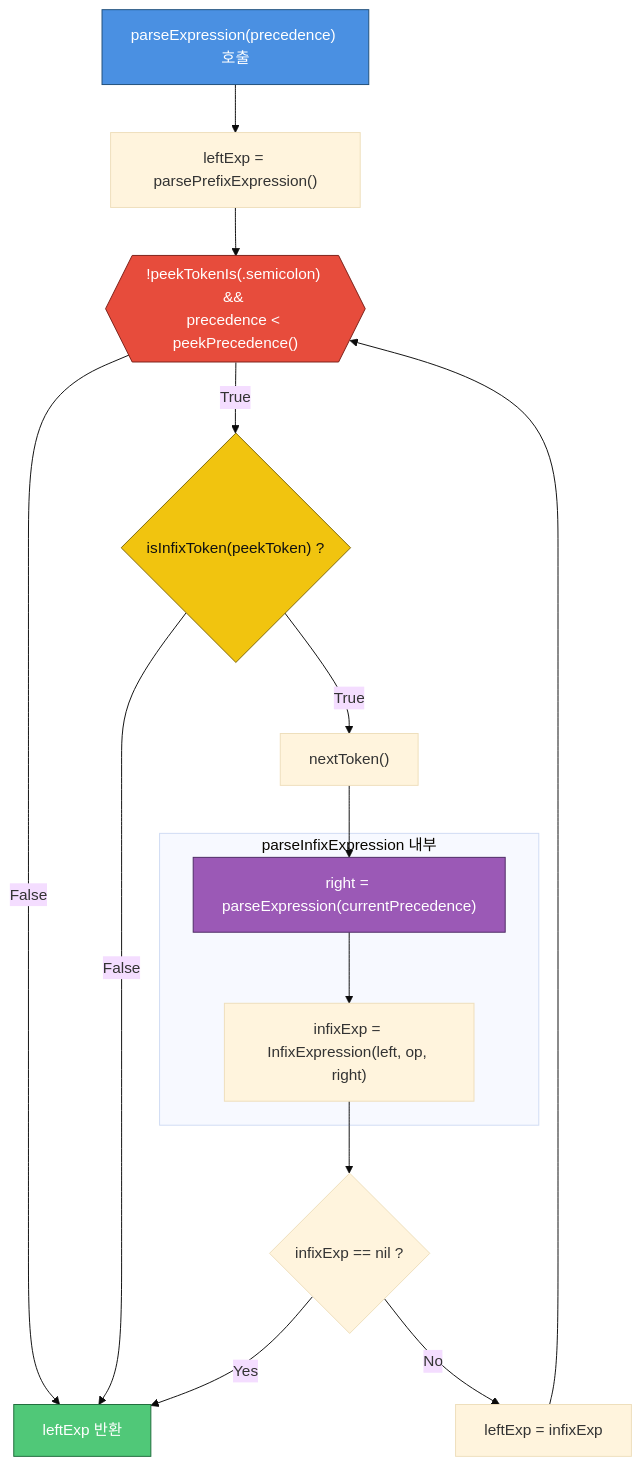
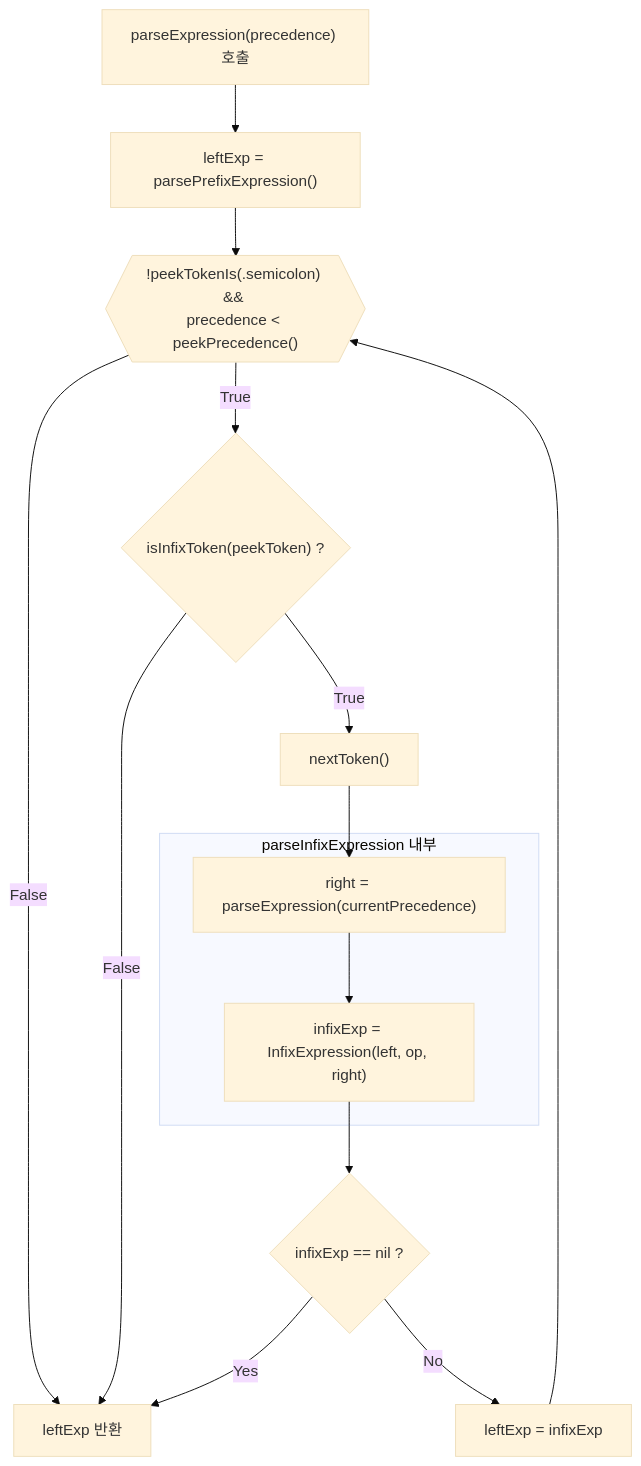
One commit to hot666666/MonkeySwift changed the second of 2 diagrams in README.md. Above: the diagram before and after it, drawn with Mermaid (base theme). The commit also changed other lines of this file, not shown here.

````diff
--- a/README.md
+++ b/README.md
@@ -185,30 +183,24 @@
 ```mermaid
 graph TD
     Start["parseExpression(precedence) 호출"] --> Prefix["leftExp = parsePrefixExpression()"]
-    
+
     Prefix --> PreCheck{{"!peekTokenIs(.semicolon) && <br/>precedence < peekPrecedence()"}}
-    
+
     PreCheck -->|False| Return["leftExp 반환"]
     PreCheck -->|True| InfixCheck{"isInfixToken(peekToken) ?"}
-    
+
     InfixCheck -->|False| Return
     InfixCheck -->|True| Consume["nextToken()"]
-    
+
     Consume --> InfixLogic
-    
+
     subgraph "parseInfixExpression 내부"
     InfixLogic["right = parseExpression(currentPrecedence)"]
     InfixLogic --> Combine["infixExp = InfixExpression(left, op, right)"]
     end
 
     Combine --> IsNil{"infixExp == nil ?"}
     IsNil -->|Yes| Return
     IsNil -->|No| Update["leftExp = infixExp"]
     Update --> PreCheck
-
-    style Start fill:#4a90e2,stroke:#1f4e79,stroke-width:1px,color:#fff
-    style Return fill:#50c878,stroke:#1d6b3a,stroke-width:1px,color:#fff
-    style PreCheck fill:#e74c3c,stroke:#7a1f18,stroke-width:1px,color:#fff
-    style InfixLogic fill:#9b59b6,stroke:#4c2a63,stroke-width:1px,color:#fff
-    style InfixCheck fill:#f1c40f,stroke:#7d6608,stroke-width:1px,color:#111
 ```
````
